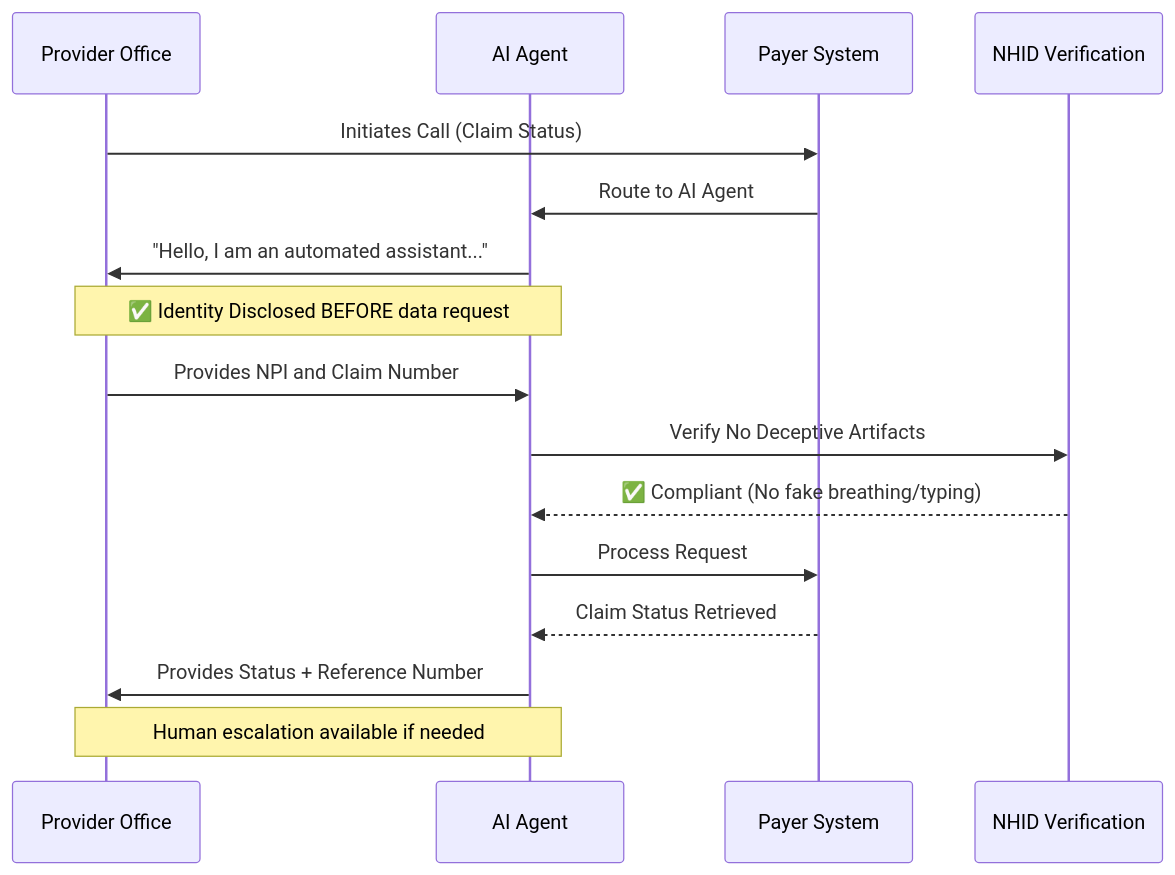
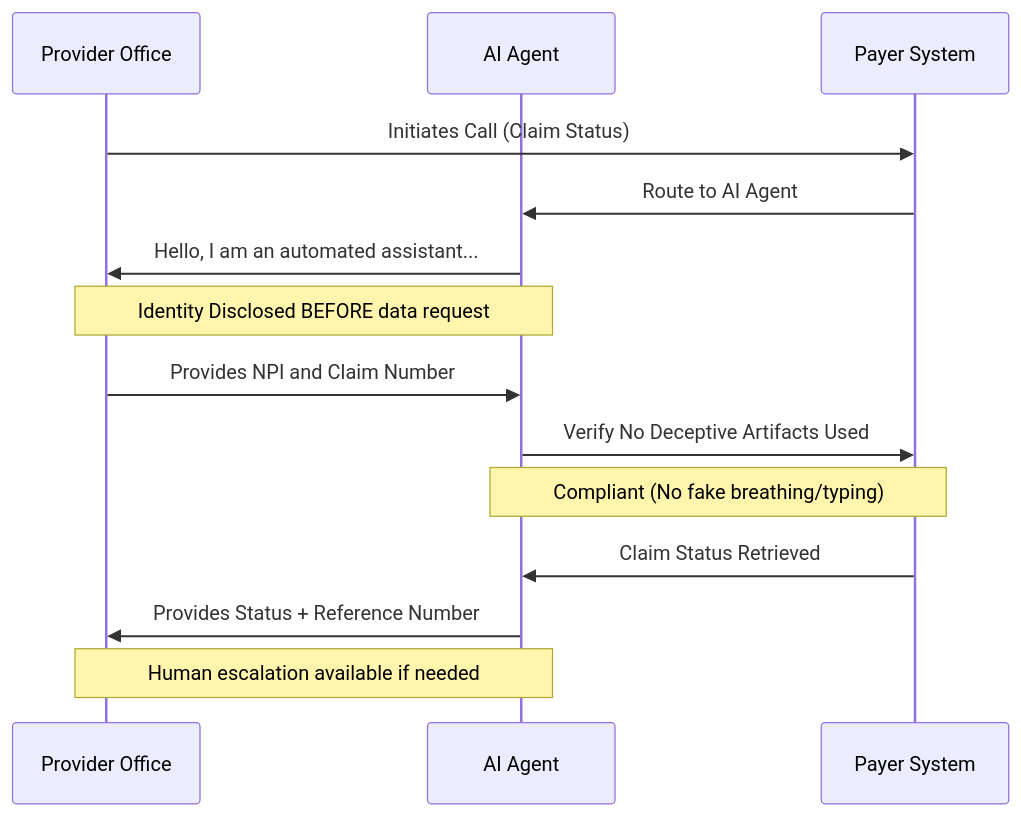
Before and after one commit to thankcheeses/NHID-Clinical: the diagram in README.md, drawn with Mermaid. The commit also changed other lines of this file, not shown here.

````diff
--- a/README.md
+++ b/README.md
@@ -59,19 +59,17 @@
 ```mermaid
 sequenceDiagram
     participant Provider as Provider Office
     participant AI as AI Agent
     participant Payer as Payer System
-    participant NHID as NHID Verification
     
     Provider->>Payer: Initiates Call (Claim Status)
     Payer->>AI: Route to AI Agent
-    AI->>Provider: "Hello, I am an automated assistant..."
-    Note over AI,Provider: ✅ Identity Disclosed BEFORE data request
+    AI->>Provider: Hello, I am an automated assistant...
+    Note over AI,Provider: Identity Disclosed BEFORE data request
     Provider->>AI: Provides NPI and Claim Number
-    AI->>NHID: Verify No Deceptive Artifacts
-    NHID-->>AI: ✅ Compliant (No fake breathing/typing)
-    AI->>Payer: Process Request
-    Payer-->>AI: Claim Status Retrieved
+    AI->>Payer: Verify No Deceptive Artifacts Used
+    Note over AI,Payer: Compliant (No fake breathing/typing)
+    Payer->>AI: Claim Status Retrieved
     AI->>Provider: Provides Status + Reference Number
     Note over AI,Provider: Human escalation available if needed
 ```
````
